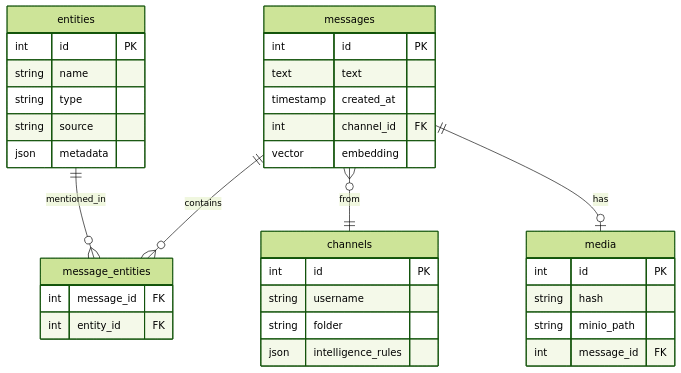
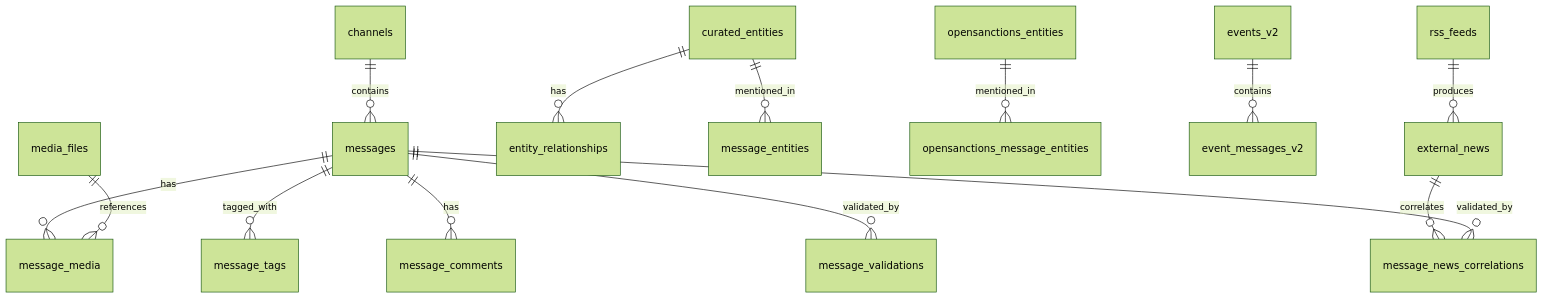
The diagram in docs/developer-guide/database-schema.md (osintukraine/osint-platform-docs), drawn with Mermaid (forest theme) before and after one commit. The commit also changed other lines of this file and 3 other files, not shown here.

First line of the commit message:
docs(developer-guide): complete Phase 5 - shared libs, schema, index, contributing

````diff
--- a/docs/developer-guide/database-schema.md
+++ b/docs/developer-guide/database-schema.md
@@ -148,42 +405,21 @@
 ```mermaid
 erDiagram
-    messages ||--o{ message_entities : contains
-    entities ||--o{ message_entities : mentioned_in
-    messages }o--|| channels : from
-    messages ||--o| media : has
+    channels ||--o{ messages : contains
+    messages ||--o{ message_media : has
+    messages ||--o{ message_tags : tagged_with
+    messages ||--o{ message_comments : has
+    messages ||--o{ message_validations : validated_by
 
-    messages {
-        int id PK
-        text text
-        timestamp created_at
-        int channel_id FK
-        vector embedding
-    }
+    media_files ||--o{ message_media : references
 
-    channels {
-        int id PK
-        string username
-        string folder
-        json intelligence_rules
-    }
+    curated_entities ||--o{ entity_relationships : has
+    curated_entities ||--o{ message_entities : mentioned_in
 
-    entities {
-        int id PK
-        string name
-        string type
-        string source
-        json metadata
-    }
+    opensanctions_entities ||--o{ opensanctions_message_entities : mentioned_in
 
-    message_entities {
-        int message_id FK
-        int entity_id FK
-    }
+    events_v2 ||--o{ event_messages_v2 : contains
 
-    media {
-        int id PK
-        string hash
-        string minio_path
-        int message_id FK
-    }
+    rss_feeds ||--o{ external_news : produces
+    external_news ||--o{ message_news_correlations : correlates
+    messages ||--o{ message_news_correlations : validated_by
 ```
````
